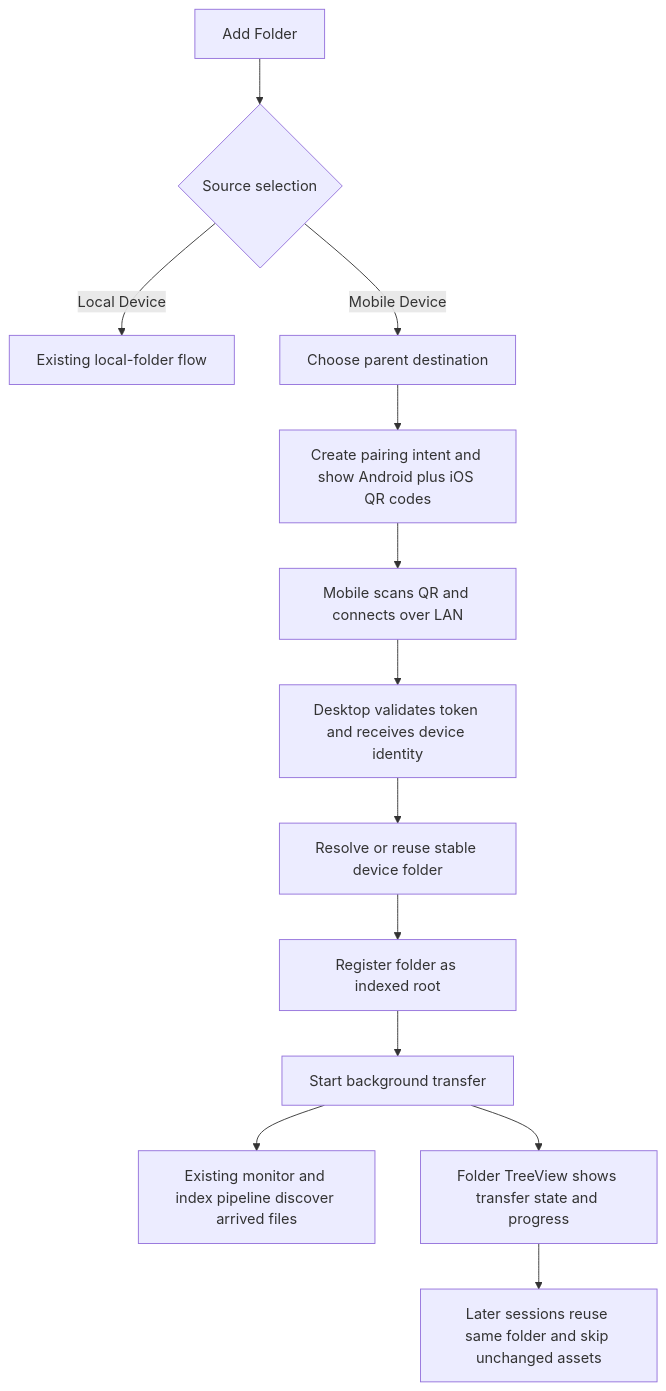
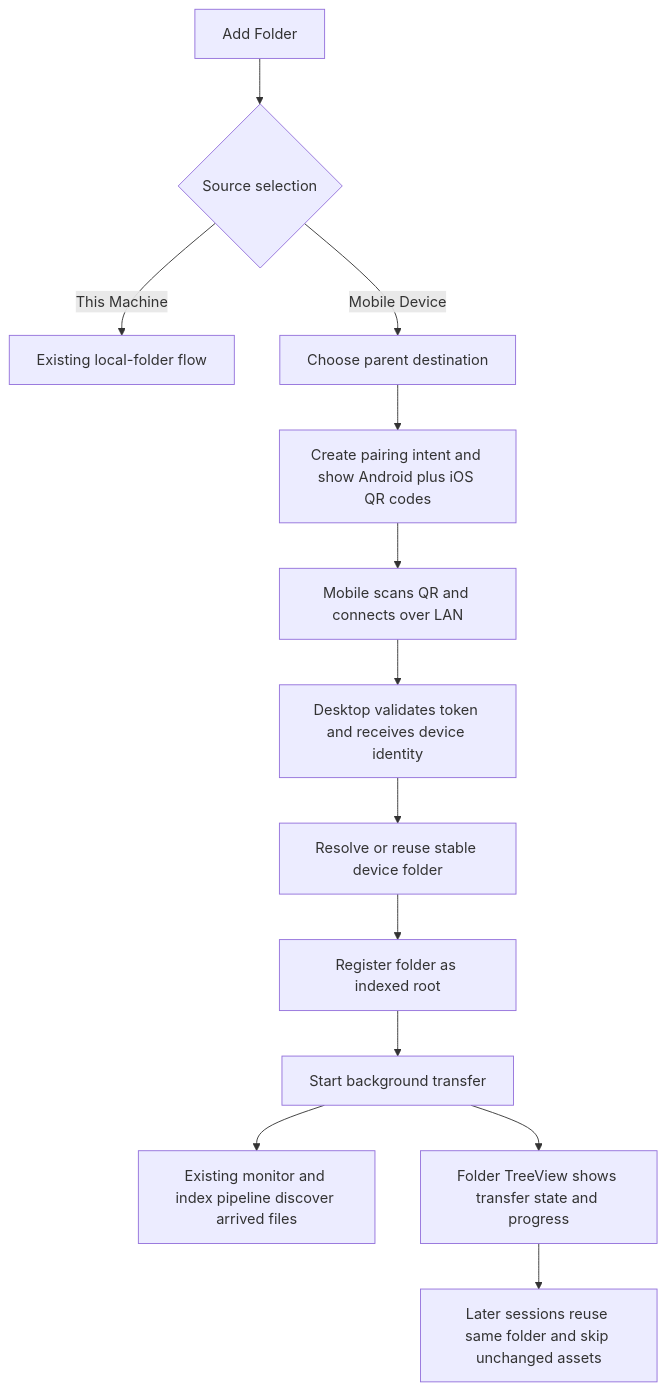
The diagram in dt_image_search/specs/[dev][pc]-3-mobile-folder.md (ws2356/image-search), drawn with Mermaid before and after one commit. The commit also changed other lines of this file and 10 other files, not shown here.

````diff
--- a/dt_image_search/specs/[dev][pc]-3-mobile-folder.md
+++ b/dt_image_search/specs/[dev][pc]-3-mobile-folder.md
@@ -144,15 +144,15 @@
 ```mermaid
 graph TD
     A[Add Folder] --> B{Source selection}
-    B -->|Local Device| C[Existing local-folder flow]
+    B -->|This Machine| C[Existing local-folder flow]
     B -->|Mobile Device| D[Choose parent destination]
     D --> E[Create pairing intent and show Android plus iOS QR codes]
     E --> F[Mobile scans QR and connects over LAN]
     F --> G[Desktop validates token and receives device identity]
     G --> H[Resolve or reuse stable device folder]
     H --> I[Register folder as indexed root]
     I --> J[Start background transfer]
     J --> K[Existing monitor and index pipeline discover arrived files]
     J --> L[Folder TreeView shows transfer state and progress]
     L --> M[Later sessions reuse same folder and skip unchanged assets]
 ```
````
